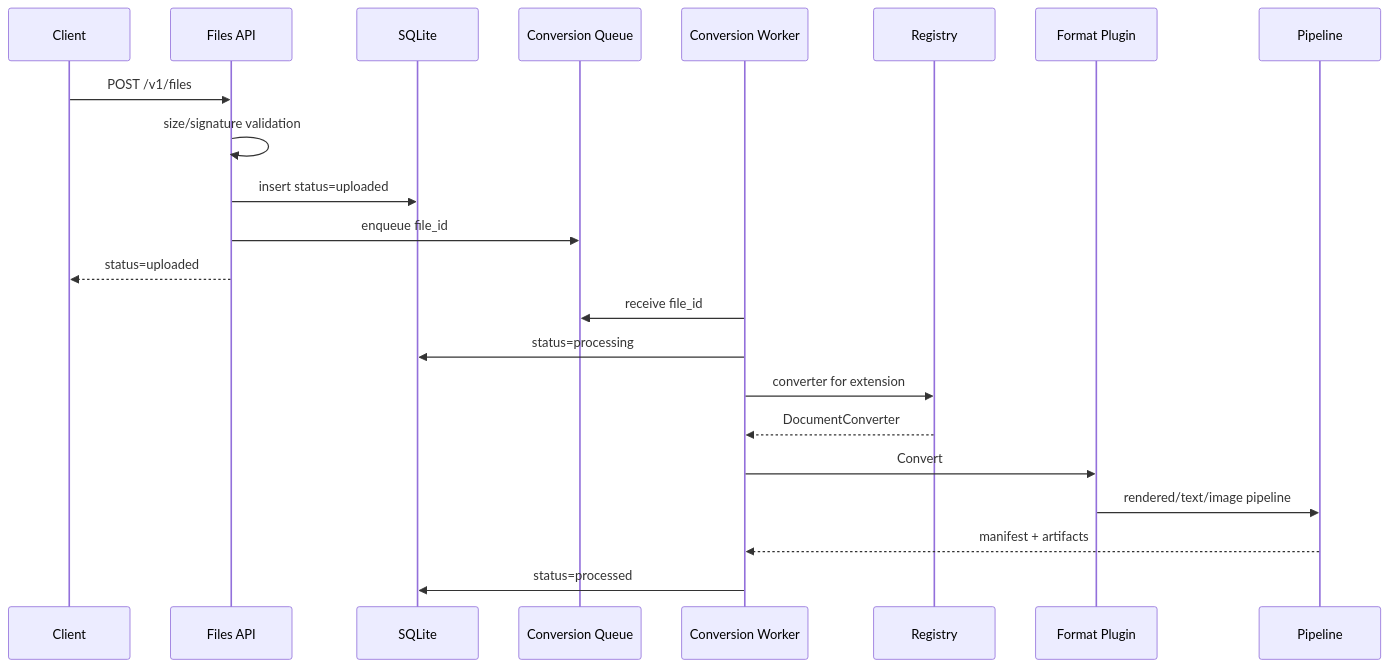
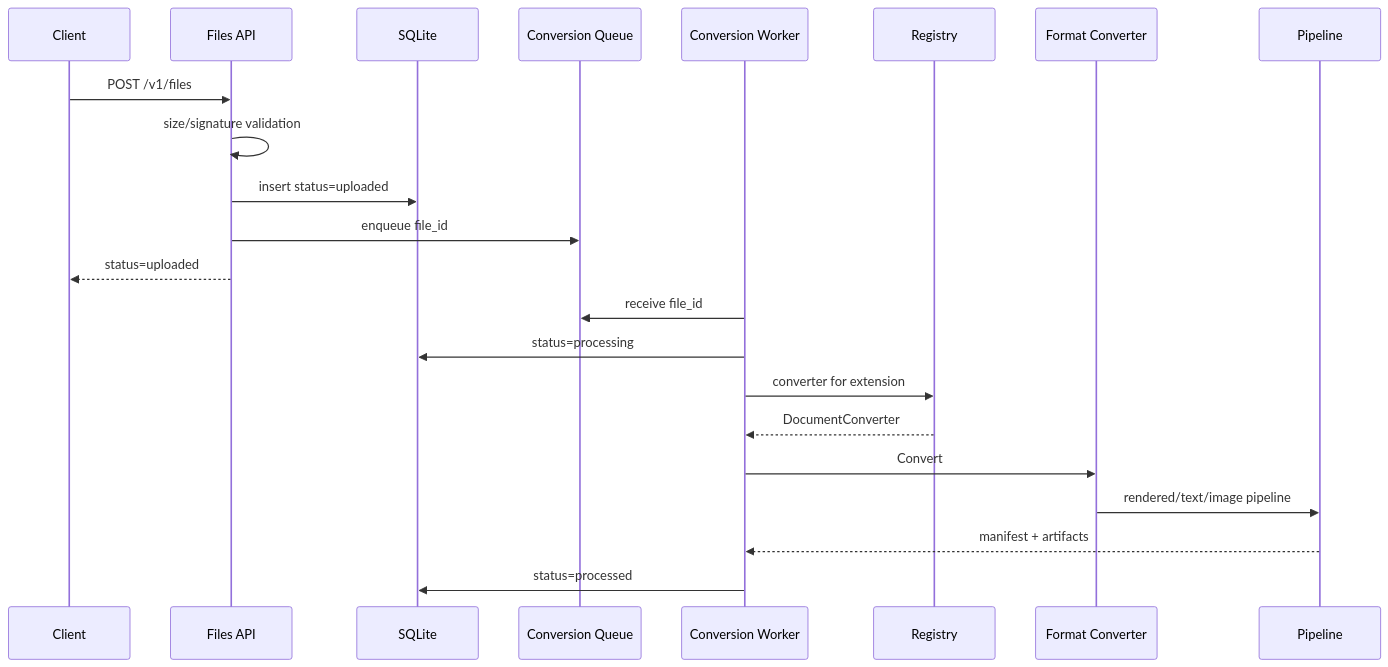
The fourth of 4 diagrams in DESIGN.md (mochizuki875/llm-file-gateway), drawn with Mermaid before and after one commit. The commit also changed other lines of this file and 9 other files, not shown here.

````diff
--- a/DESIGN.md
+++ b/DESIGN.md
@@ -166,25 +281,25 @@
 ```mermaid
 sequenceDiagram
   participant Client
   participant API as Files API
   participant Store as SQLite
   participant Queue as Conversion Queue
   participant Worker as Conversion Worker
   participant Registry
-  participant Plugin as Format Plugin
+  participant Converter as Format Converter
   participant Pipeline
 
   Client->>API: POST /v1/files
   API->>API: size/signature validation
   API->>Store: insert status=uploaded
   API->>Queue: enqueue file_id
   API-->>Client: status=uploaded
   Worker->>Queue: receive file_id
   Worker->>Store: status=processing
   Worker->>Registry: converter for extension
   Registry-->>Worker: DocumentConverter
-  Worker->>Plugin: Convert
-  Plugin->>Pipeline: rendered/text/image pipeline
+  Worker->>Converter: Convert
+  Converter->>Pipeline: rendered/text/image pipeline
   Pipeline-->>Worker: manifest + artifacts
   Worker->>Store: status=processed
 ```
````
